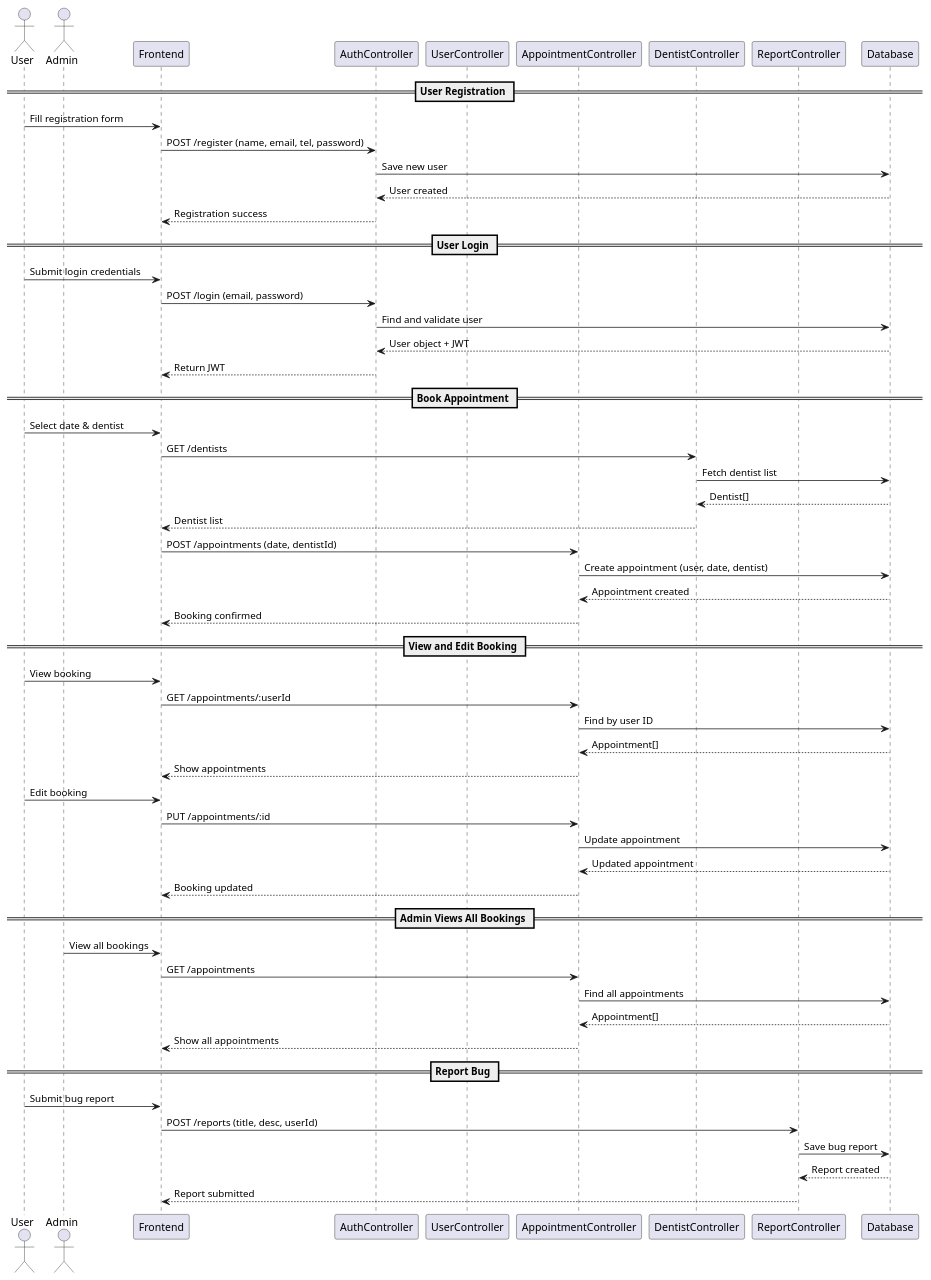
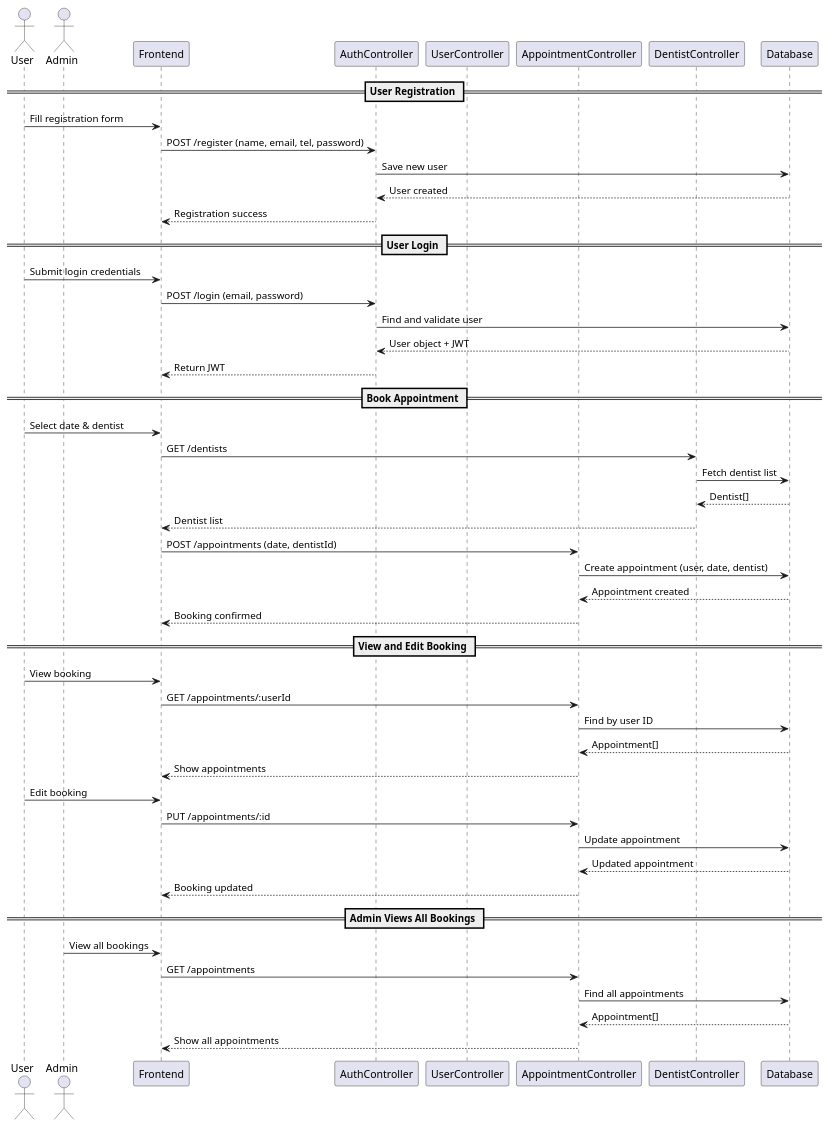
Before and after one commit to PatMSK/SWdevprac-project: the diagram in plantuml/sequence.puml, drawn with PlantUML. The commit also changed 5 other files, not shown here.

Commit message:
update diagram 2

```diff
--- a/plantuml/sequence.puml
+++ b/plantuml/sequence.puml
@@ -1,66 +1,57 @@
 @startuml
 actor User
 actor Admin
 
 participant "Frontend" as FE
 participant "AuthController" as Auth
 participant "UserController" as UserCtrl
 participant "AppointmentController" as ApptCtrl
 participant "DentistController" as DentistCtrl
-participant "ReportController" as ReportCtrl
 participant "Database" as DB
 
 == User Registration ==
 User -> FE : Fill registration form
 FE -> Auth : POST /register (name, email, tel, password)
 Auth -> DB : Save new user
 DB --> Auth : User created
 Auth --> FE : Registration success
 
 == User Login ==
 User -> FE : Submit login credentials
 FE -> Auth : POST /login (email, password)
 Auth -> DB : Find and validate user
 DB --> Auth : User object + JWT
 Auth --> FE : Return JWT
 
 == Book Appointment ==
 User -> FE : Select date & dentist
 FE -> DentistCtrl : GET /dentists
 DentistCtrl -> DB : Fetch dentist list
 DB --> DentistCtrl : Dentist[]
 DentistCtrl --> FE : Dentist list
 
 FE -> ApptCtrl : POST /appointments (date, dentistId)
 ApptCtrl -> DB : Create appointment (user, date, dentist)
 DB --> ApptCtrl : Appointment created
 ApptCtrl --> FE : Booking confirmed
 
 == View and Edit Booking ==
 User -> FE : View booking
 FE -> ApptCtrl : GET /appointments/:userId
 ApptCtrl -> DB : Find by user ID
 DB --> ApptCtrl : Appointment[]
 ApptCtrl --> FE : Show appointments
 
 User -> FE : Edit booking
 FE -> ApptCtrl : PUT /appointments/:id
 ApptCtrl -> DB : Update appointment
 DB --> ApptCtrl : Updated appointment
 ApptCtrl --> FE : Booking updated
 
 == Admin Views All Bookings ==
 Admin -> FE : View all bookings
 FE -> ApptCtrl : GET /appointments
 ApptCtrl -> DB : Find all appointments
 DB --> ApptCtrl : Appointment[]
 ApptCtrl --> FE : Show all appointments
-
-== Report Bug ==
-User -> FE : Submit bug report
-FE -> ReportCtrl : POST /reports (title, desc, userId)
-ReportCtrl -> DB : Save bug report
-DB --> ReportCtrl : Report created
-ReportCtrl --> FE : Report submitted
-
 @enduml
```
